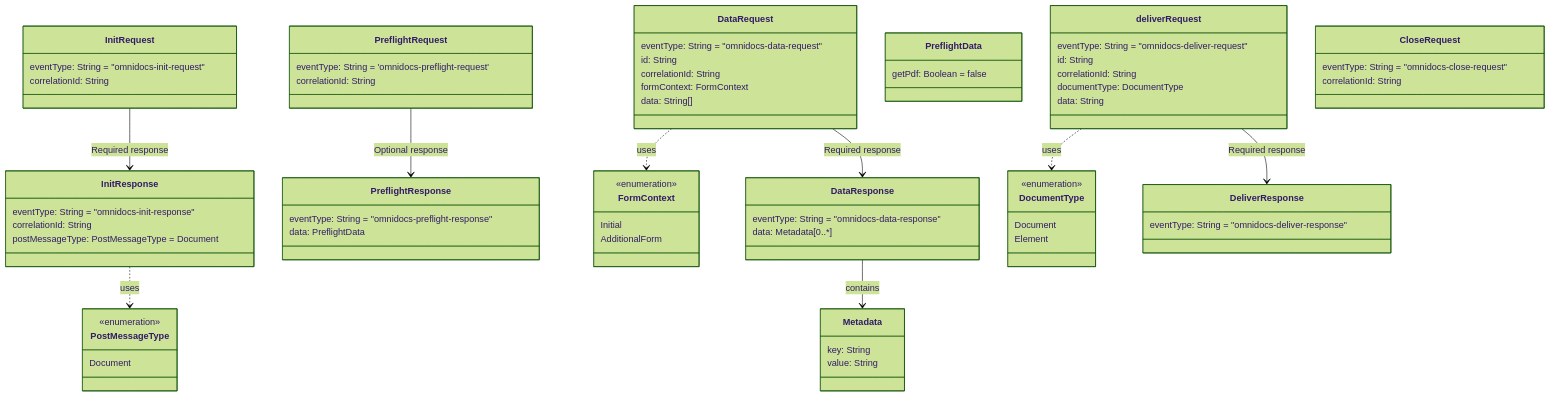
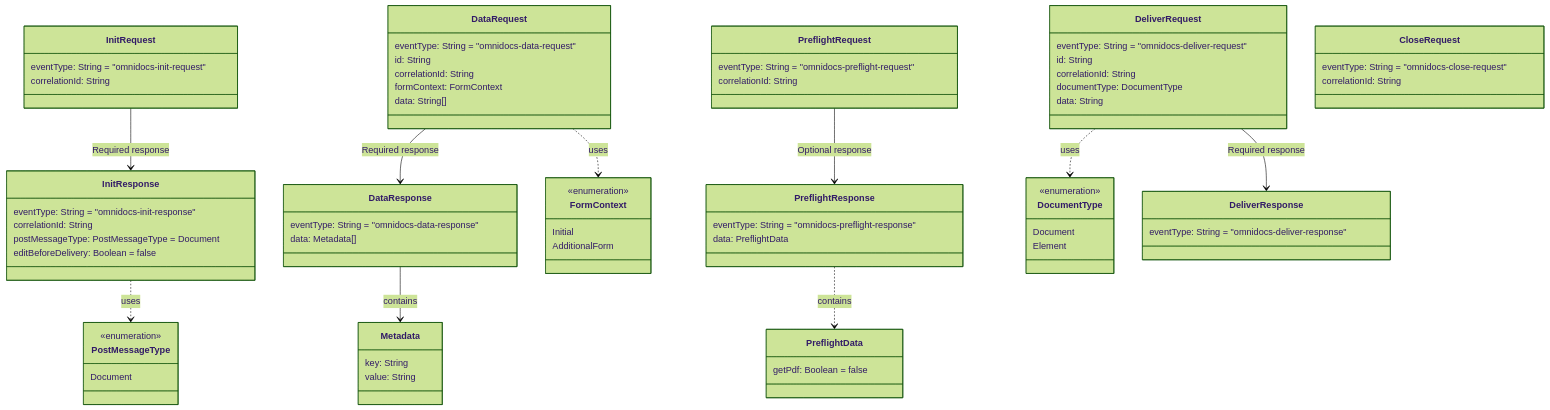
The second of 2 diagrams in readme.md (Omnidocs/AppFlow), drawn with Mermaid (forest theme) before and after one commit. The commit also changed other lines of this file and 2 other files, not shown here.

Commit message:
EditFlow added; various updates + extended notes

````diff
--- a/readme.md
+++ b/readme.md
@@ -80,6 +80,7 @@
         eventType: String = "omnidocs-init-response"
         correlationId: String
         postMessageType: PostMessageType = Document
+        editBeforeDelivery: Boolean = false
     }
 
     class PostMessageType {
@@ -91,12 +92,12 @@
         eventType: String = "omnidocs-data-request"
         id: String
         correlationId: String
-        formContext: FormContext 
+        formContext: FormContext
         data: String[]
     }
 
     class PreflightRequest {
-        eventType:  String = 'omnidocs-preflight-request'
+        eventType: String = "omnidocs-preflight-request"
         correlationId: String
     }
 
@@ -117,7 +118,7 @@
 
     class DataResponse {
         eventType: String = "omnidocs-data-response"
-        data: Metadata[0..*] 
+        data: Metadata[]
     }
 
     class Metadata {
@@ -125,7 +126,7 @@
         value: String
     }
 
-    class deliverRequest {
+    class DeliverRequest {
         eventType: String = "omnidocs-deliver-request"
         id: String
         correlationId: String
@@ -143,17 +144,19 @@
         eventType: String = "omnidocs-deliver-response"
     }
 
-    class CloseRequest  {
+    class CloseRequest {
         eventType: String = "omnidocs-close-request"
         correlationId: String
     }
 
+    %% Relationships
     InitRequest --> InitResponse : Required response
     DataRequest --> DataResponse : Required response
-    deliverRequest --> DeliverResponse : Required response
+    DeliverRequest --> DeliverResponse : Required response
     PreflightRequest --> PreflightResponse : Optional response
-    DataResponse  --> Metadata : contains
+    PreflightResponse ..> PreflightData : contains
+    DataResponse --> Metadata : contains
     InitResponse ..> PostMessageType : uses
     DataRequest ..> FormContext : uses
-    deliverRequest ..> DocumentType : uses
+    DeliverRequest ..> DocumentType : uses
 ```
````
